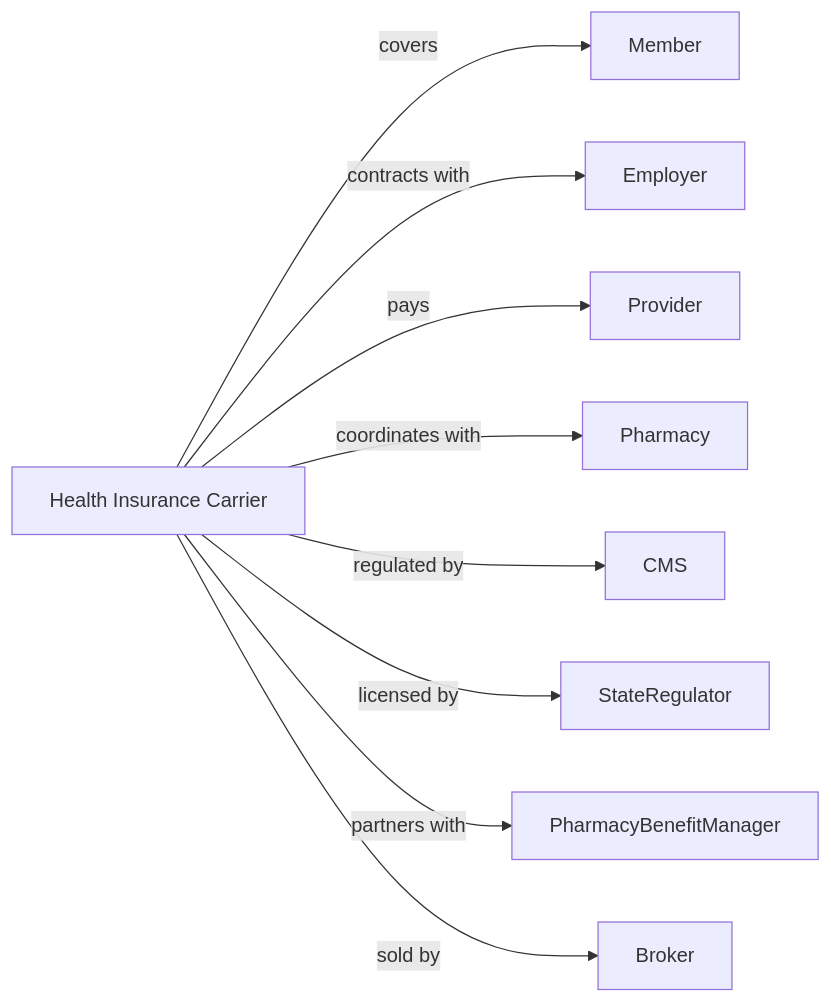
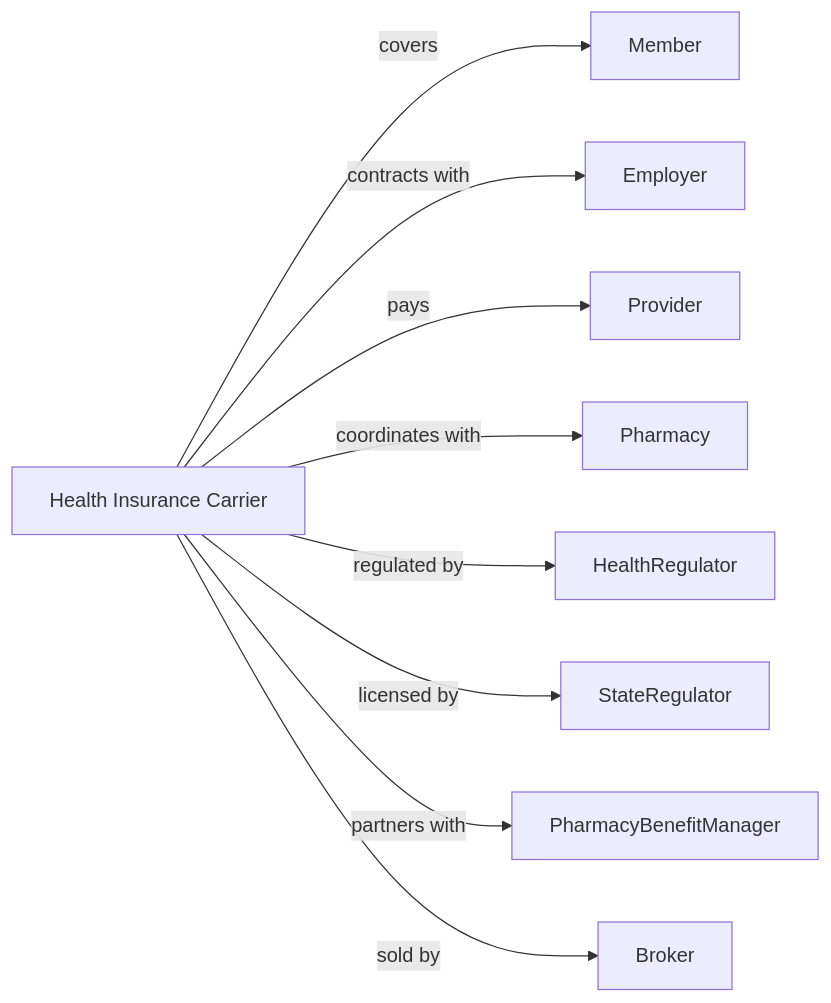
One commit to dot-org-ai/industries.org.ai changed the second of 2 diagrams in Finance/InsuranceCarriersAndRelatedActivities/InsuranceCarriers/DirectHealthAndMedicalInsuranceCarriers.mdx. Above: the diagram before and after it, drawn with Mermaid. The commit also changed other lines of this file and 639 other files, not shown here.

````diff
--- a/Finance/InsuranceCarriersAndRelatedActivities/InsuranceCarriers/DirectHealthAndMedicalInsuranceCarriers.mdx
+++ b/Finance/InsuranceCarriersAndRelatedActivities/InsuranceCarriers/DirectHealthAndMedicalInsuranceCarriers.mdx
@@ -126,13 +126,13 @@
 ```mermaid
 graph LR
     HIC[Health Insurance Carrier]
 
     HIC -->|covers| Member
     HIC -->|contracts with| Employer
     HIC -->|pays| Provider
     HIC -->|coordinates with| Pharmacy
-    HIC -->|regulated by| CMS
+    HIC -->|regulated by| HealthRegulator
     HIC -->|licensed by| StateRegulator
     HIC -->|partners with| PharmacyBenefitManager
     HIC -->|sold by| Broker
 ```
````
